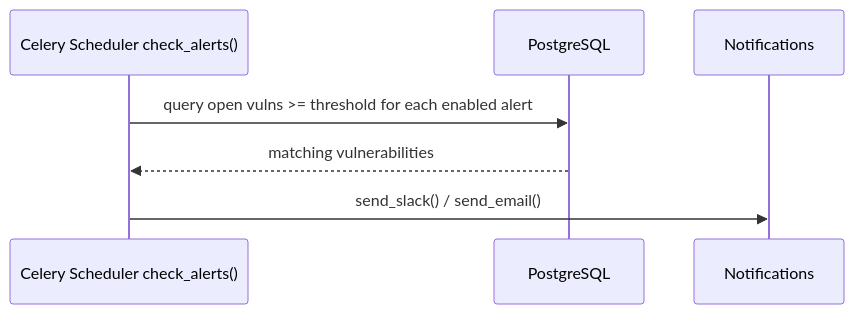
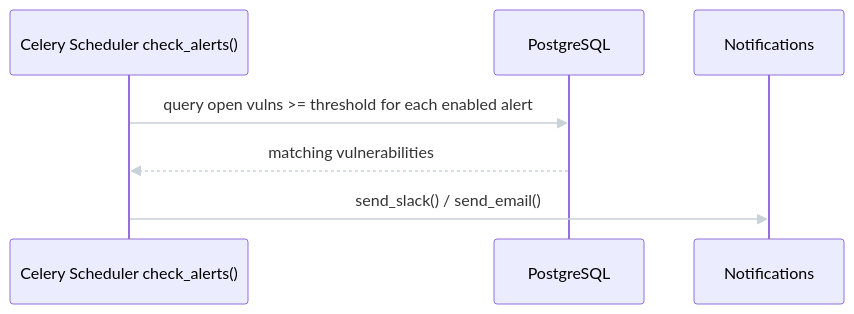
One commit to trottomv/argus-sbomguard changed the third of 4 diagrams in docs/development/architecture.md. Above: the diagram before and after it, drawn with Mermaid. The commit also changed other lines of this file and 2 other files, not shown here.

First line of the commit message:
docs: improve diagram readability on dark theme

````diff
--- a/docs/development/architecture.md
+++ b/docs/development/architecture.md
@@ -129,10 +132,11 @@
 ```mermaid
+%%{init: {"themeVariables": {"signalColor": "#c9d1d9"}}}%%
 sequenceDiagram
     participant B as Celery Scheduler check_alerts()
     participant D as PostgreSQL
     participant N as Notifications
 
     B->>D: query open vulns >= threshold for each enabled alert
     D-->>B: matching vulnerabilities
     B->>N: send_slack() / send_email()
 ```
````
